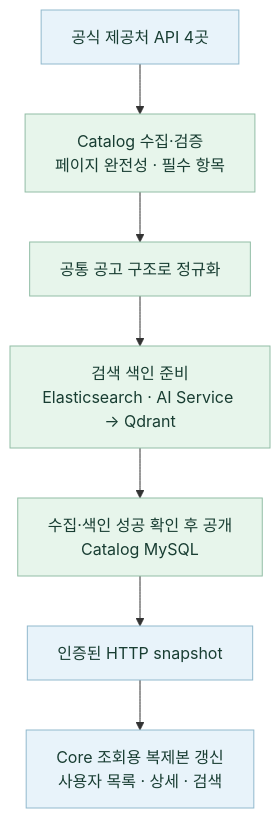
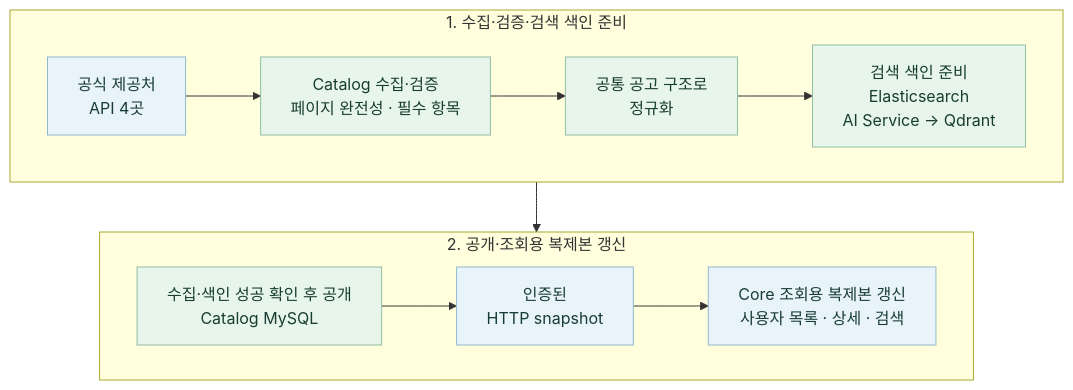
The second of 3 diagrams in README.md (20220348-kim/SKN34-4th-1Team), drawn with Mermaid before and after one commit. The commit also changed other lines of this file, not shown here.

Commit message:
문서: 데이터 준비와 RAG 흐름도를 가로 두 줄로 개선

````diff
--- a/README.md
+++ b/README.md
@@ -216,13 +216,19 @@
 ```mermaid
 flowchart TB
-    Source["공식 제공처 API 4곳"] --> Collect["Catalog 수집·검증<br/>페이지 완전성 · 필수 항목"]
-    Collect --> Normalize["공통 공고 구조로 정규화"]
-    Normalize --> Index["검색 색인 준비<br/>Elasticsearch · AI Service → Qdrant"]
-    Index --> Publish["수집·색인 성공 확인 후 공개<br/>Catalog MySQL"]
-    Publish --> Snapshot["인증된 HTTP snapshot"]
-    Snapshot --> Core["Core 조회용 복제본 갱신<br/>사용자 목록 · 상세 · 검색"]
+    subgraph Preparation["1. 수집·검증·검색 색인 준비"]
+        direction LR
+        Source["공식 제공처<br/>API 4곳"] --> Collect["Catalog 수집·검증<br/>페이지 완전성 · 필수 항목"]
+        Collect --> Normalize["공통 공고 구조로<br/>정규화"]
+        Normalize --> Index["검색 색인 준비<br/>Elasticsearch<br/>AI Service → Qdrant"]
+    end
+    subgraph Publication["2. 공개·조회용 복제본 갱신"]
+        direction LR
+        Publish["수집·색인 성공 확인 후 공개<br/>Catalog MySQL"] --> Snapshot["인증된<br/>HTTP snapshot"]
+        Snapshot --> Core["Core 조회용 복제본 갱신<br/>사용자 목록 · 상세 · 검색"]
+    end
+    Preparation --> Publication
     classDef step fill:#e7f5eb,stroke:#92bda6,color:#183d32
     classDef boundary fill:#e8f3fa,stroke:#91b9cd,color:#183d32
     class Collect,Normalize,Index,Publish step
     class Source,Snapshot,Core boundary
 ```
````
